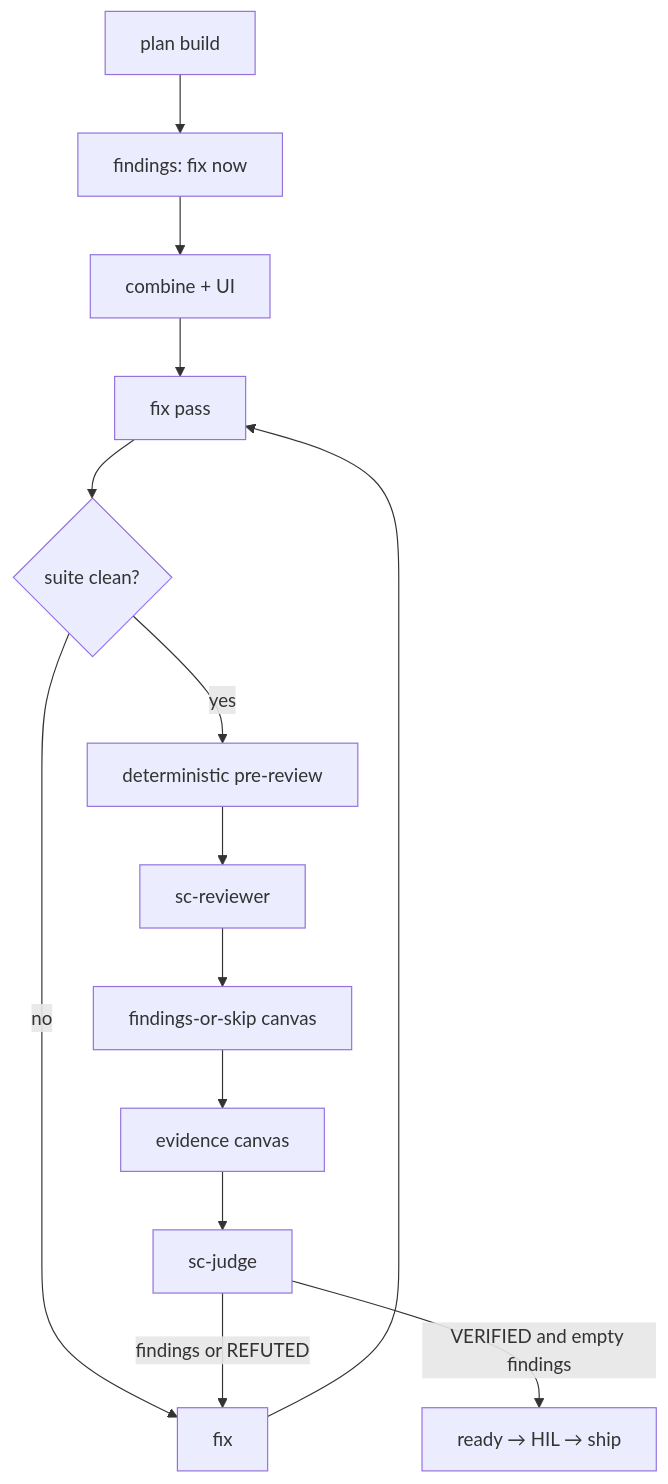
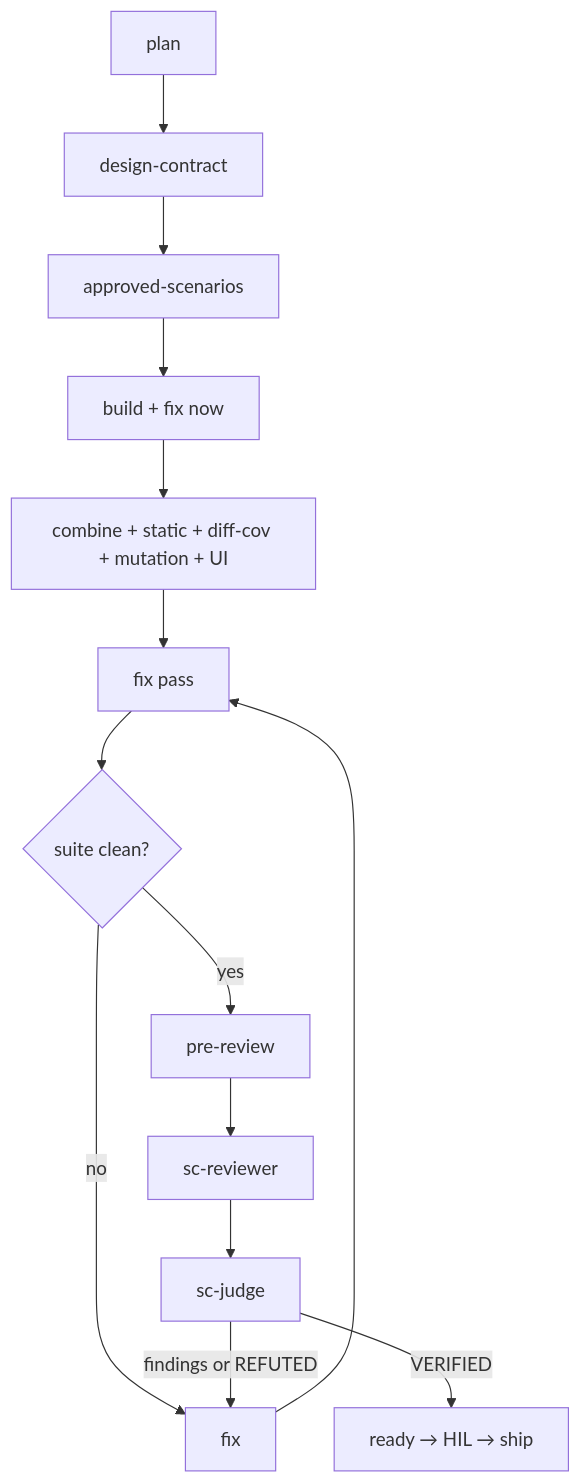
Before and after one commit to xiivthx/spacecraft: the diagram in .cursor/skills/sc-run/SKILL.md, drawn with Mermaid. The commit also changed other lines of this file and 28 other files, not shown here.

````diff
--- a/.cursor/skills/sc-run/SKILL.md
+++ b/.cursor/skills/sc-run/SKILL.md
@@ -113,16 +66,16 @@
 ```mermaid
 flowchart TD
-  A["plan build"] --> B["findings: fix now"]
-  B --> C["combine + UI"]
+  A["plan"] --> DC["design-contract"]
+  DC --> AS["approved-scenarios"]
+  AS --> B["build + fix now"]
+  B --> C["combine + static + diff-cov + mutation + UI"]
   C --> D["fix pass"]
   D --> E{"suite clean?"}
   E -->|no| F["fix"]
   F --> D
-  E -->|yes| P["deterministic pre-review"]
+  E -->|yes| P["pre-review"]
   P --> R["sc-reviewer"]
-  R --> CF["findings-or-skip canvas"]
-  CF --> CE["evidence canvas"]
-  CE --> J["sc-judge"]
+  R --> J["sc-judge"]
   J -->|findings or REFUTED| F
-  J -->|VERIFIED and empty findings| K["ready → HIL → ship"]
+  J -->|VERIFIED| K["ready → HIL → ship"]
 ```
````
